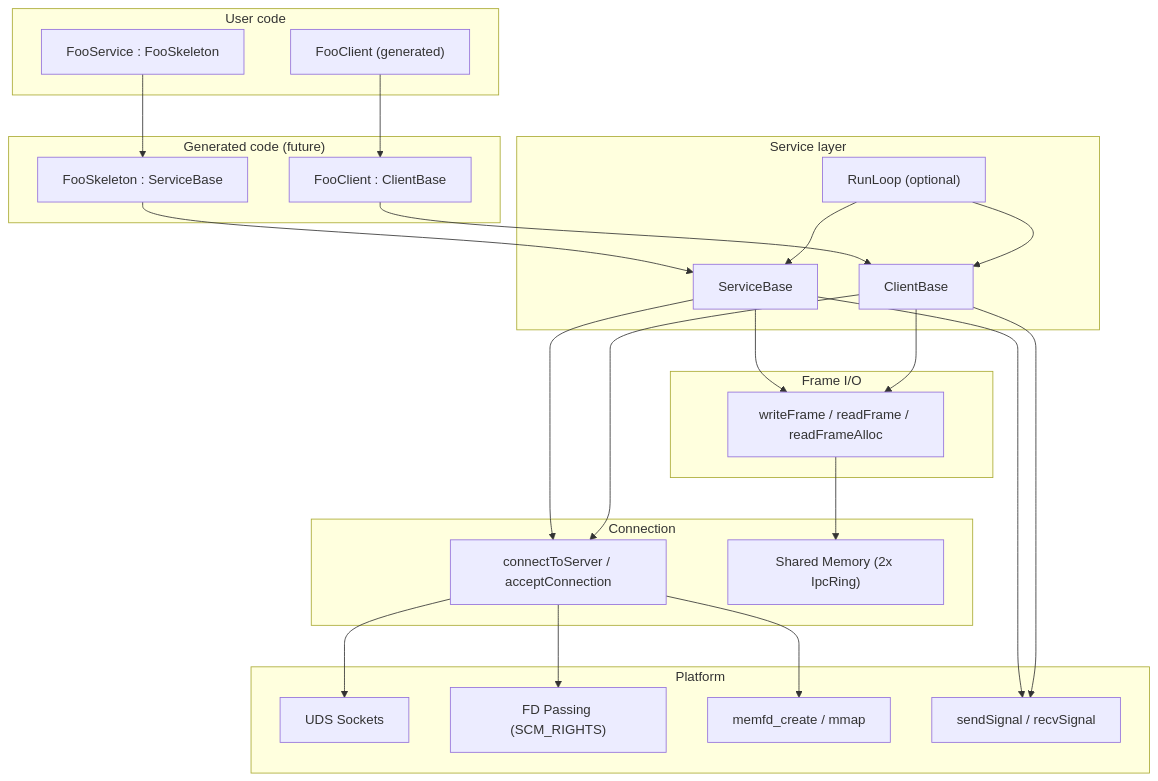
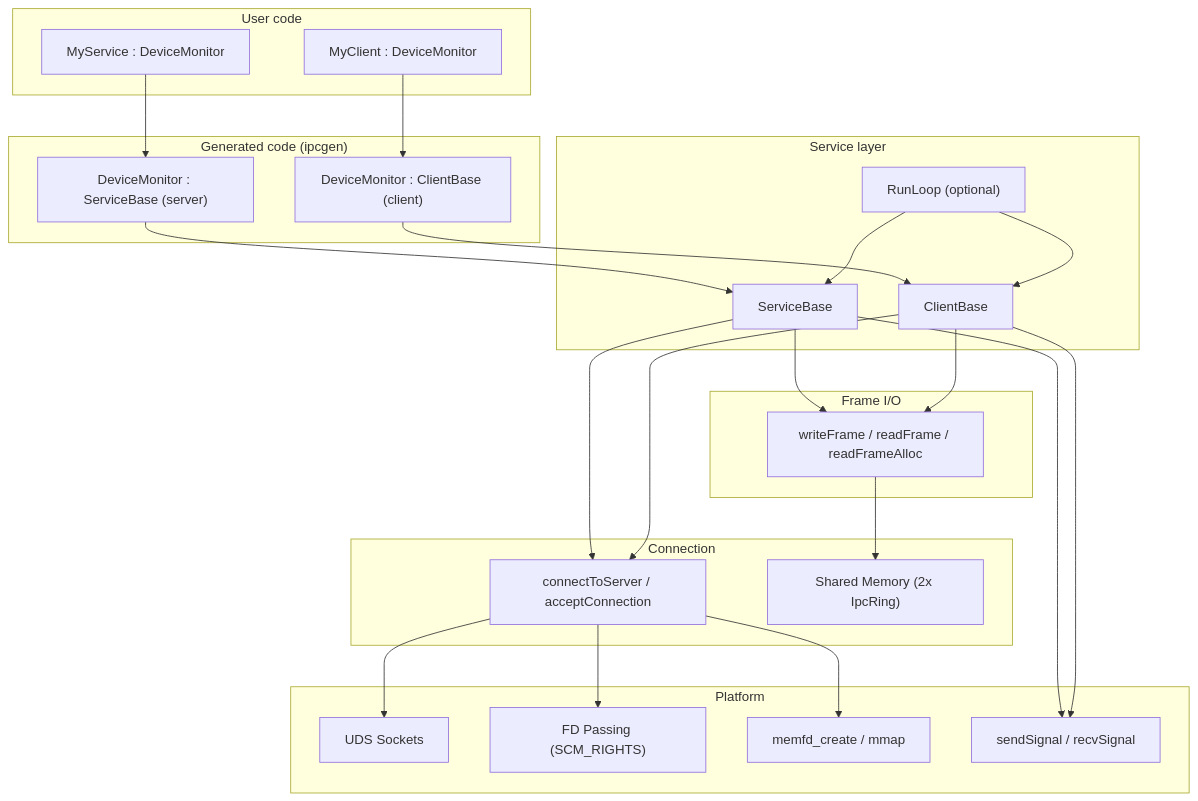
The first of 17 diagrams in doc/architecture.md (Mrunmoy/aether), drawn with Mermaid before and after one commit. The commit also changed other lines of this file and 29 other files, not shown here.

````diff
--- a/doc/architecture.md
+++ b/doc/architecture.md
@@ -5,51 +5,51 @@
 ```mermaid
 graph TD
     subgraph "User code"
-        US["FooService : FooSkeleton"]
-        UC["FooClient (generated)"]
+        US["MyService : DeviceMonitor"]
+        UC["MyClient : DeviceMonitor"]
     end
 
-    subgraph "Generated code (future)"
-        SK["FooSkeleton : ServiceBase"]
-        CL["FooClient : ClientBase"]
+    subgraph "Generated code (ipcgen)"
+        SK["DeviceMonitor : ServiceBase (server)"]
+        CL["DeviceMonitor : ClientBase (client)"]
     end
 
     subgraph "Service layer"
         SB["ServiceBase"]
         CB["ClientBase"]
         RL["RunLoop (optional)"]
     end
 
     subgraph "Frame I/O"
         FIO["writeFrame / readFrame / readFrameAlloc"]
     end
 
     subgraph "Connection"
         CON["connectToServer / acceptConnection"]
         SHM["Shared Memory (2x IpcRing)"]
     end
 
     subgraph "Platform"
         UDS["UDS Sockets"]
         FD["FD Passing (SCM_RIGHTS)"]
         MEM["memfd_create / mmap"]
         SIG["sendSignal / recvSignal"]
     end
 
     US --> SK
     UC --> CL
     SK --> SB
     CL --> CB
     SB --> FIO
     CB --> FIO
     FIO --> SHM
     CON --> UDS
     CON --> FD
     CON --> MEM
     SB --> SIG
     CB --> SIG
     SB --> CON
     CB --> CON
     RL --> SB
     RL --> CB
 ```
````
